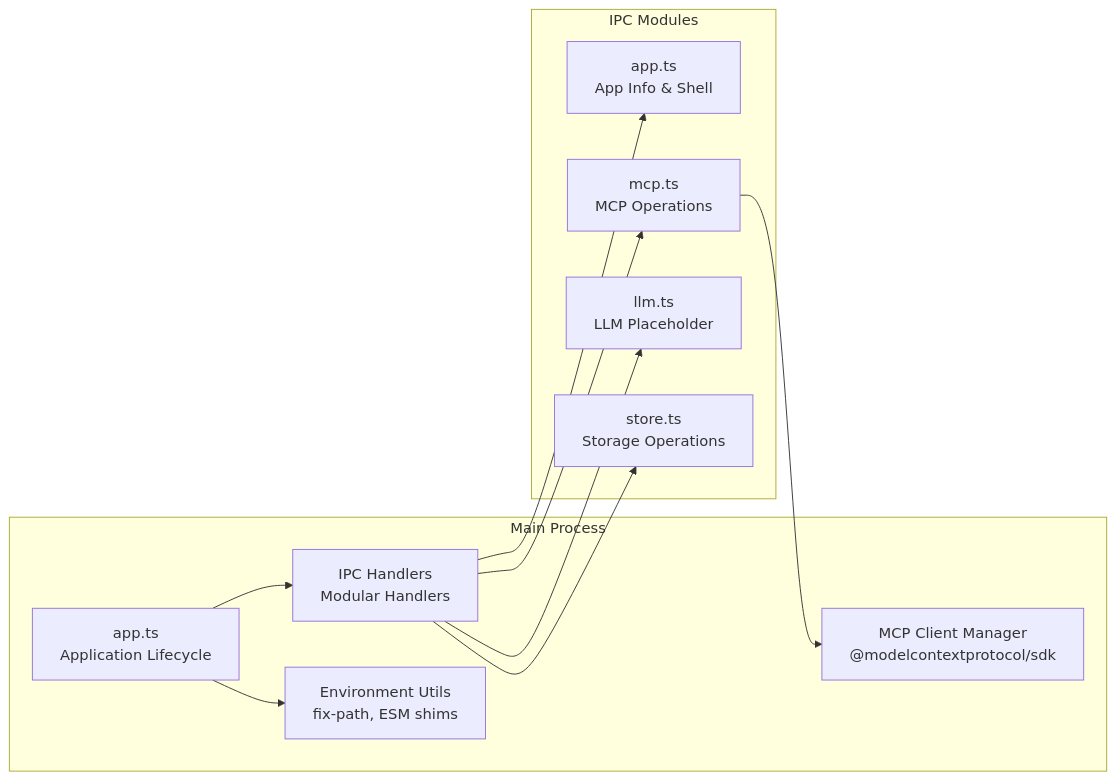
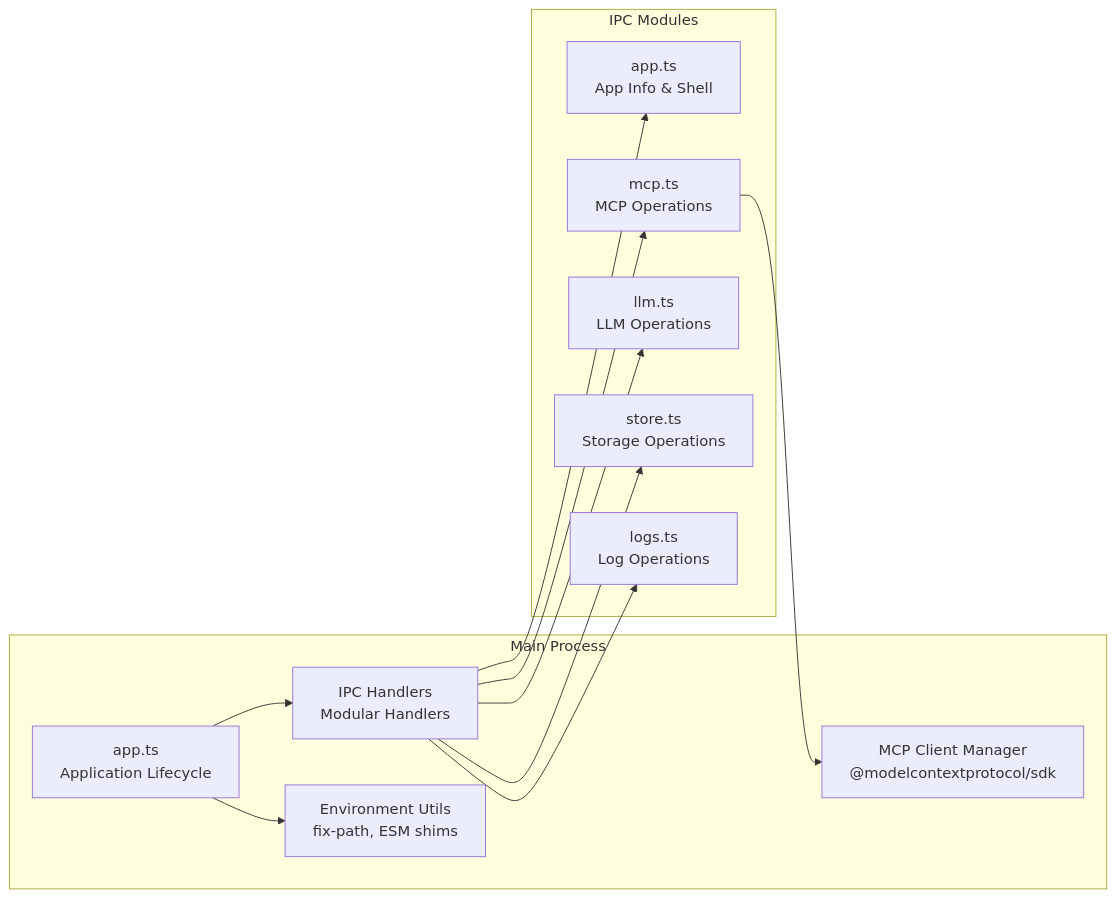
The second of 23 diagrams in architecture.md (meharajM/ai-worker.app), drawn with Mermaid before and after one commit. The commit also changed other lines of this file and 1 other file, not shown here.

Commit message:
feat: Introduce recursive multi-agent system with Bun sidecar, update architecture documentation, and add logging, new UI components, and expanded LLM providers.

````diff
--- a/architecture.md
+++ b/architecture.md
@@ -63,24 +63,26 @@
 ```mermaid
 graph LR
     subgraph "Main Process"
         App[app.ts<br/>Application Lifecycle]
         IPC[IPC Handlers<br/>Modular Handlers]
         MCP[MCP Client Manager<br/>@modelcontextprotocol/sdk]
         Env[Environment Utils<br/>fix-path, ESM shims]
     end
 
     subgraph "IPC Modules"
         AppHandlers[app.ts<br/>App Info & Shell]
         MCPHandlers[mcp.ts<br/>MCP Operations]
-        LLMHandlers[llm.ts<br/>LLM Placeholder]
+        LLMHandlers[llm.ts<br/>LLM Operations]
         StoreHandlers[store.ts<br/>Storage Operations]
+        LogHandlers[logs.ts<br/>Log Operations]
     end
 
     App --> IPC
     IPC --> AppHandlers
     IPC --> MCPHandlers
     IPC --> LLMHandlers
     IPC --> StoreHandlers
+    IPC --> LogHandlers
     MCPHandlers --> MCP
     App --> Env
 ```
````
